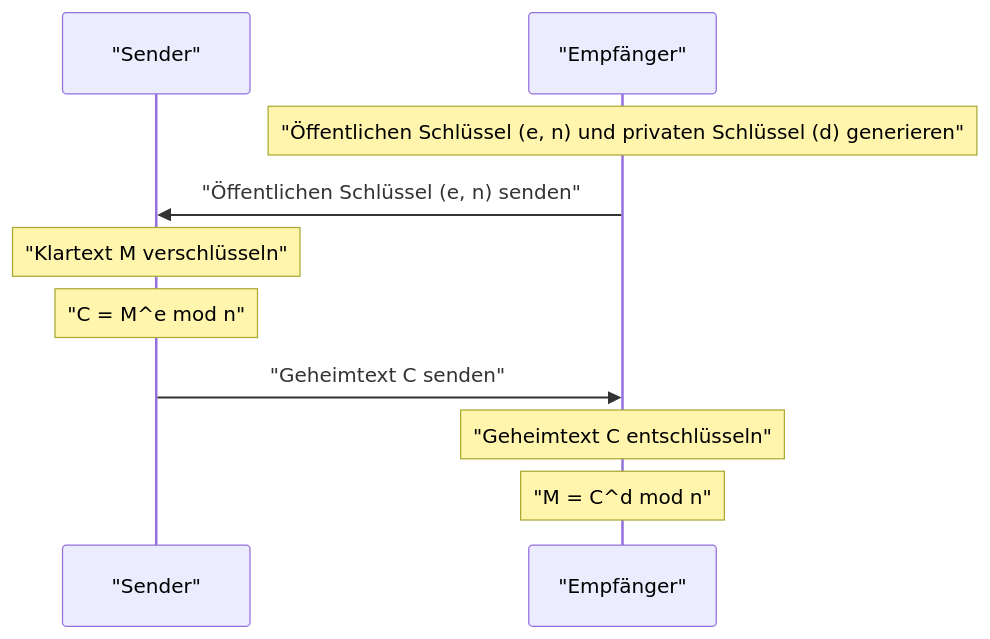
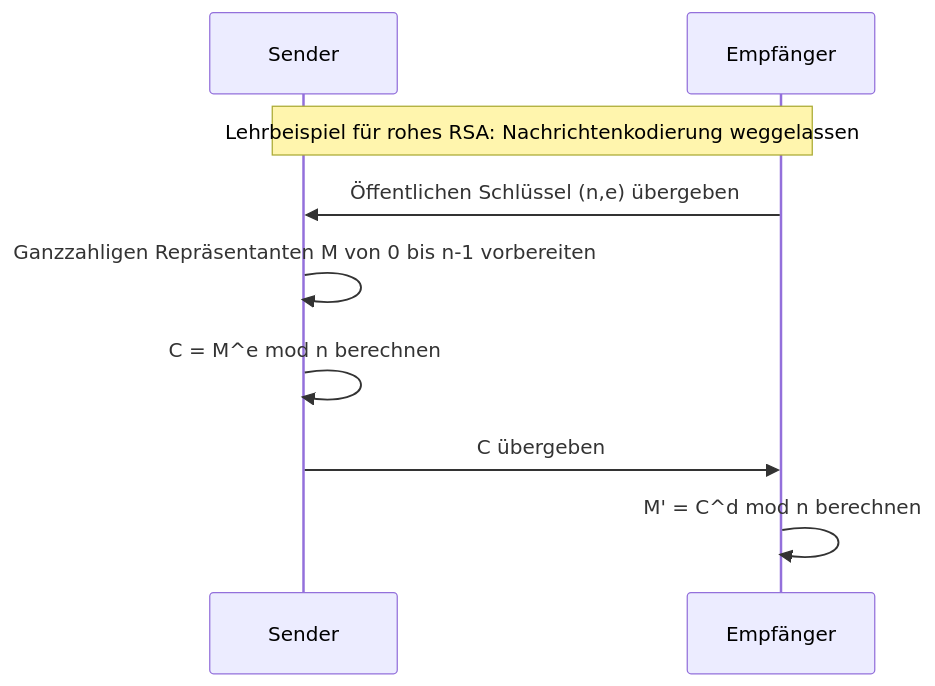
Before and after one commit to kenjinote/blog: the second of 2 diagrams in content/post/fermats-little-theorem/index.de.md, drawn with Mermaid. The commit also changed other lines of this file and 5 other files, not shown here.

````diff
--- a/content/post/fermats-little-theorem/index.de.md
+++ b/content/post/fermats-little-theorem/index.de.md
@@ -101,12 +79,11 @@
 ```mermaid
 sequenceDiagram
-    participant Sender as "Sender"
-    participant Receiver as "Empfänger"
-    Note over Receiver: "Öffentlichen Schlüssel (e, n) und privaten Schlüssel (d) generieren"
-    Receiver->>Sender: "Öffentlichen Schlüssel (e, n) senden"
-    Note over Sender: "Klartext M verschlüsseln"
-    Note over Sender: "C = M^e mod n"
-    Sender->>Receiver: "Geheimtext C senden"
-    Note over Receiver: "Geheimtext C entschlüsseln"
-    Note over Receiver: "M = C^d mod n"
+    participant Sender as Sender
+    participant Receiver as Empfänger
+    Note over Sender,Receiver: Lehrbeispiel für rohes RSA: Nachrichtenkodierung weggelassen
+    Receiver->>Sender: Öffentlichen Schlüssel (n,e) übergeben
+    Sender->>Sender: Ganzzahligen Repräsentanten M von 0 bis n-1 vorbereiten
+    Sender->>Sender: C = M^e mod n berechnen
+    Sender->>Receiver: C übergeben
+    Receiver->>Receiver: M' = C^d mod n berechnen
 ```
````
